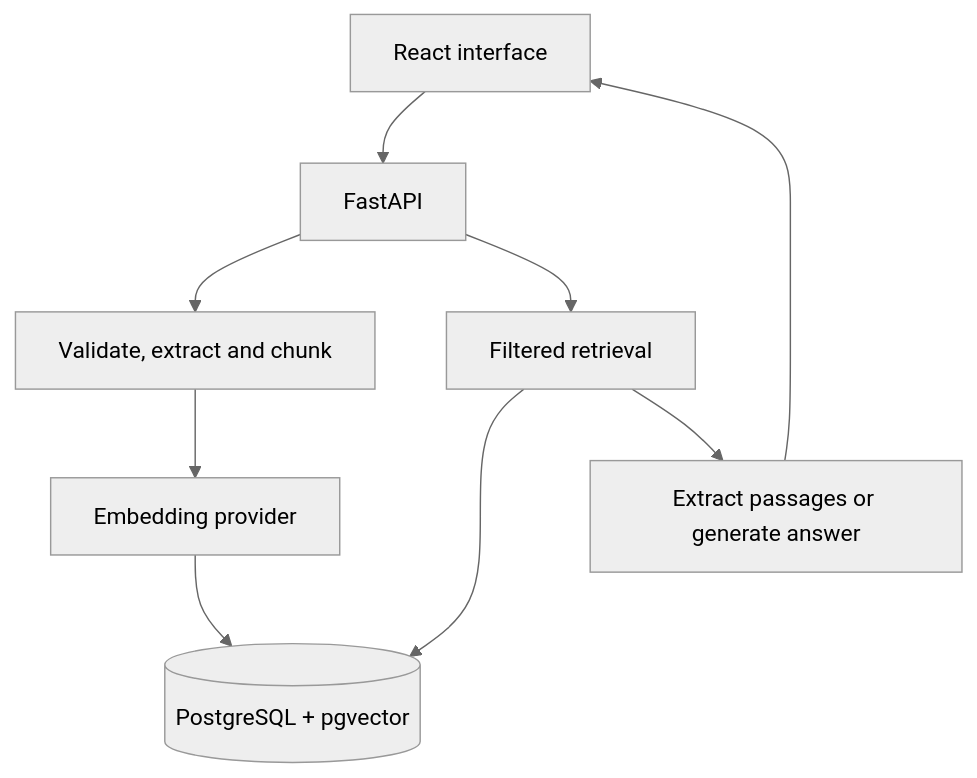
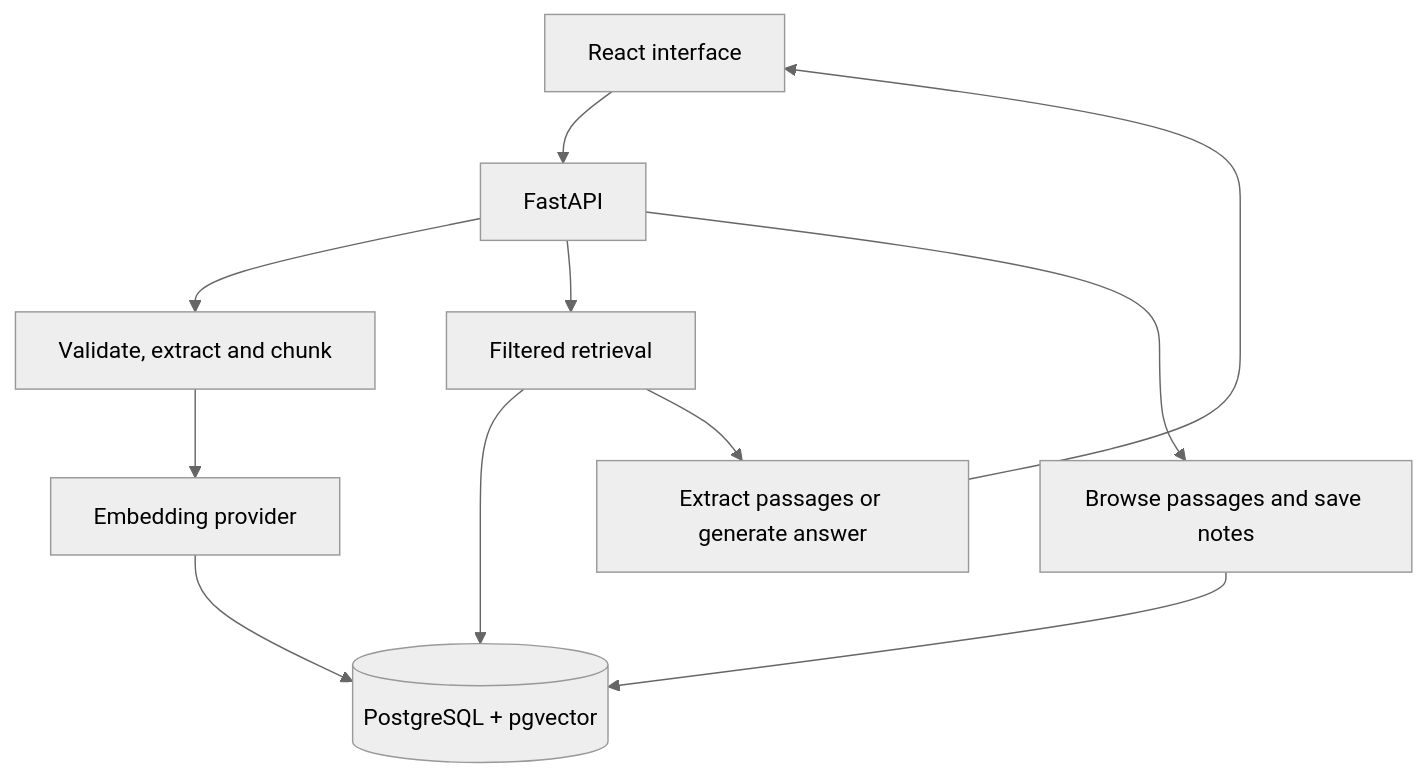
The diagram in README.md (syeduzzaman/ai-document-research), drawn with Mermaid (neutral theme) before and after one commit. The commit also changed other lines of this file and 36 other files, not shown here.

````diff
--- a/README.md
+++ b/README.md
@@ -102,11 +124,13 @@
 ```mermaid
 flowchart TD
   UI["React interface"] --> API["FastAPI"]
   API --> Parse["Validate, extract and chunk"]
   Parse --> Embed["Embedding provider"]
   Embed --> DB[("PostgreSQL + pgvector")]
   API --> Search["Filtered retrieval"]
   Search --> DB
   Search --> Answer["Extract passages or generate answer"]
   Answer --> UI
+  API --> Evidence["Browse passages and save notes"]
+  Evidence --> DB
 ```
````
